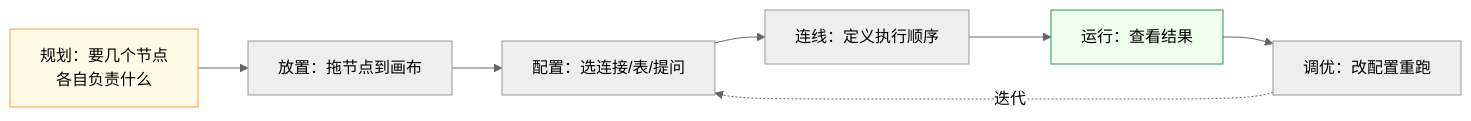
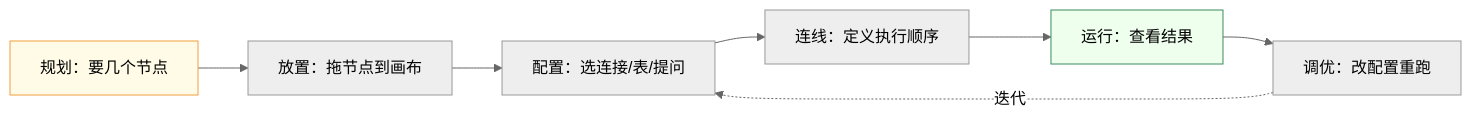
Before and after one commit to shixia9/MustBeTheSQL: the third of 6 diagrams in sql-logic-docs/docs/guide/workflow-design.md, drawn with Mermaid (neutral theme). The commit also changed other lines of this file and 11 other files, not shown here.

````diff
--- a/sql-logic-docs/docs/guide/workflow-design.md
+++ b/sql-logic-docs/docs/guide/workflow-design.md
@@ -17,11 +83,11 @@
 ```mermaid
 flowchart LR
-  Plan["规划：要几个节点<br/>各自负责什么"] --> Place["放置：拖节点到画布"]
+  Plan["规划：要几个节点"] --> Place["放置：拖节点到画布"]
   Place --> Config["配置：选连接/表/提问"]
   Config --> Connect["连线：定义执行顺序"]
   Connect --> Run["运行：查看结果"]
   Run --> Tweak["调优：改配置重跑"]
   Tweak -.迭代.-> Config
   style Plan fill:#fffbe6,stroke:#f0a040
   style Run fill:#efe,stroke:#3b8c5e
 ```
````
